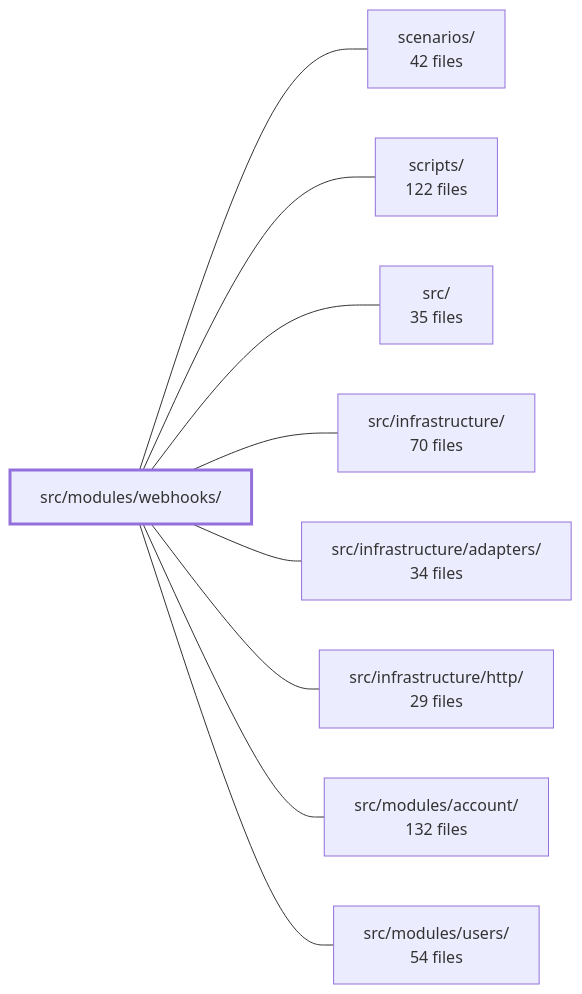
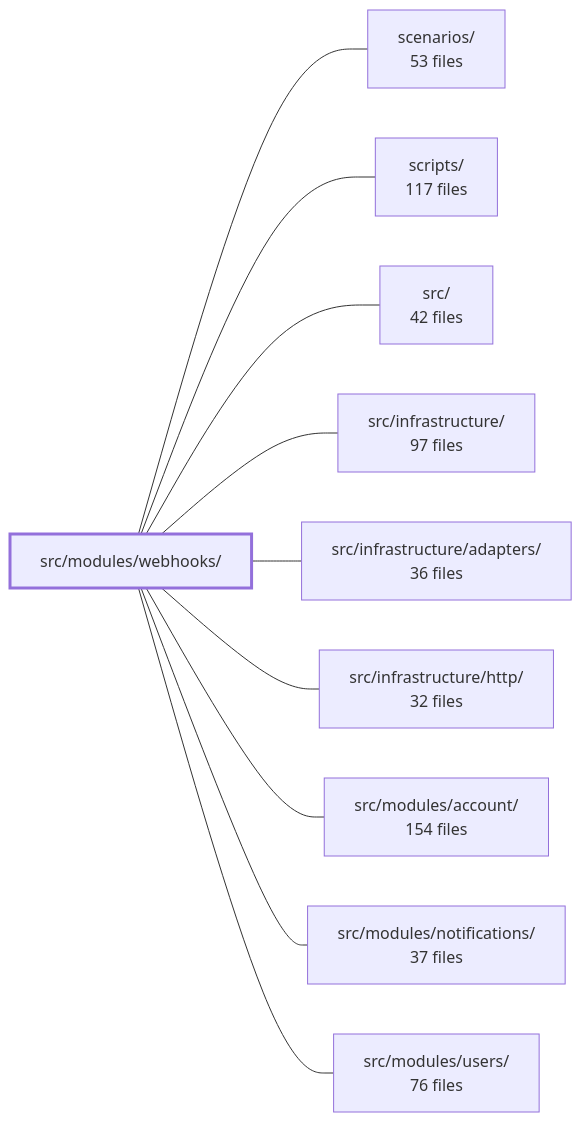
The diagram in .2brain/modules/boilerplate-node-backend_src_modules_webhooks.md (Guebbit/boilerplate-node-backend), drawn with Mermaid before and after one commit. The commit also changed other lines of this file and 1775 other files, not shown here.

````diff
--- a/.2brain/modules/boilerplate-node-backend_src_modules_webhooks.md
+++ b/.2brain/modules/boilerplate-node-backend_src_modules_webhooks.md
@@ -44,21 +44,23 @@
 ```mermaid
 flowchart LR
     m_src_modules_webhooks["src/modules/webhooks/"]
-    m_scenarios["scenarios/<br/>42 files"]
-    m_scripts["scripts/<br/>122 files"]
-    m_src["src/<br/>35 files"]
-    m_src_infrastructure["src/infrastructure/<br/>70 files"]
-    m_src_infrastructure_adapters["src/infrastructure/adapters/<br/>34 files"]
-    m_src_infrastructure_http["src/infrastructure/http/<br/>29 files"]
-    m_src_modules_account["src/modules/account/<br/>132 files"]
-    m_src_modules_users["src/modules/users/<br/>54 files"]
+    m_scenarios["scenarios/<br/>53 files"]
+    m_scripts["scripts/<br/>117 files"]
+    m_src["src/<br/>42 files"]
+    m_src_infrastructure["src/infrastructure/<br/>97 files"]
+    m_src_infrastructure_adapters["src/infrastructure/adapters/<br/>36 files"]
+    m_src_infrastructure_http["src/infrastructure/http/<br/>32 files"]
+    m_src_modules_account["src/modules/account/<br/>154 files"]
+    m_src_modules_notifications["src/modules/notifications/<br/>37 files"]
+    m_src_modules_users["src/modules/users/<br/>76 files"]
     m_src_modules_webhooks --- m_scenarios
     m_src_modules_webhooks --- m_scripts
     m_src_modules_webhooks --- m_src
     m_src_modules_webhooks --- m_src_infrastructure
     m_src_modules_webhooks --- m_src_infrastructure_adapters
     m_src_modules_webhooks --- m_src_infrastructure_http
     m_src_modules_webhooks --- m_src_modules_account
+    m_src_modules_webhooks --- m_src_modules_notifications
     m_src_modules_webhooks --- m_src_modules_users
     style m_src_modules_webhooks stroke-width:3px
 ```
````
